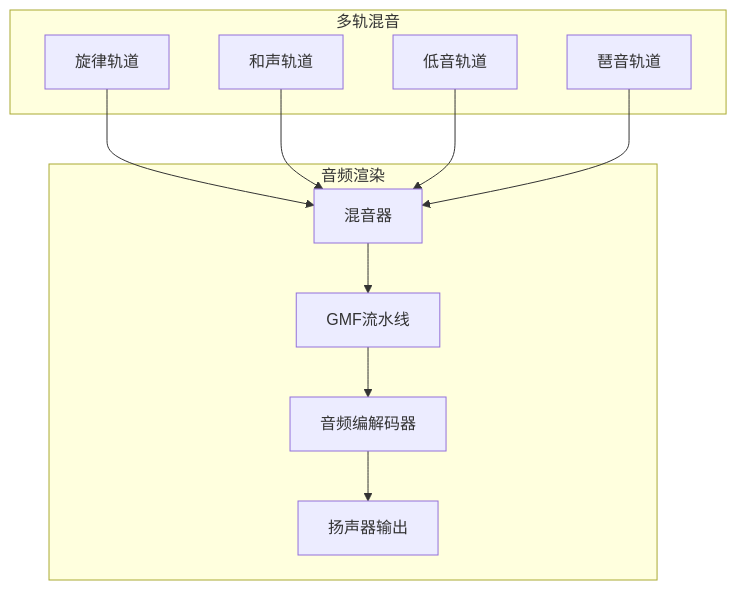
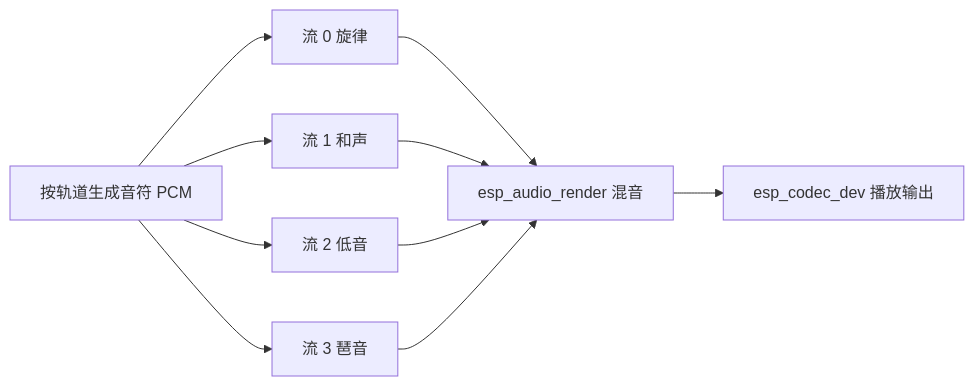
One commit to espressif/esp-gmf changed the diagram in packages/esp_audio_render/examples/simple_piano/README_CN.md. Above: the diagram before and after it, drawn with Mermaid. The commit also changed other lines of this file and 13 other files, not shown here.

Commit message:
feat(packages): Refine esp_audio_render and esp_capture readme

````diff
--- a/packages/esp_audio_render/examples/simple_piano/README_CN.md
+++ b/packages/esp_audio_render/examples/simple_piano/README_CN.md
@@ -36,15 +53,12 @@
 ```mermaid
-graph TB
-    subgraph "音频渲染"
-        H[混音器] --> I[GMF流水线]
-        I --> J[音频编解码器]
-        J --> K[扬声器输出]
-    end
-
-    subgraph "多轨混音"
-        L[旋律轨道] --> H
-        M[和声轨道] --> H
-        N[低音轨道] --> H
-        O[琶音轨道] --> H
-    end
+flowchart LR
+  GEN[按轨道生成音符 PCM] --> W0[流 0 旋律]
+  GEN --> W1[流 1 和声]
+  GEN --> W2[流 2 低音]
+  GEN --> W3[流 3 琶音]
+  W0 --> MIX[esp_audio_render 混音]
+  W1 --> MIX
+  W2 --> MIX
+  W3 --> MIX
+  MIX --> SINK[esp_codec_dev 播放输出]
 ```
````
